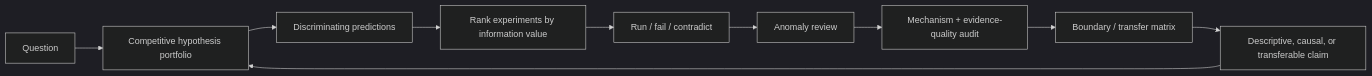
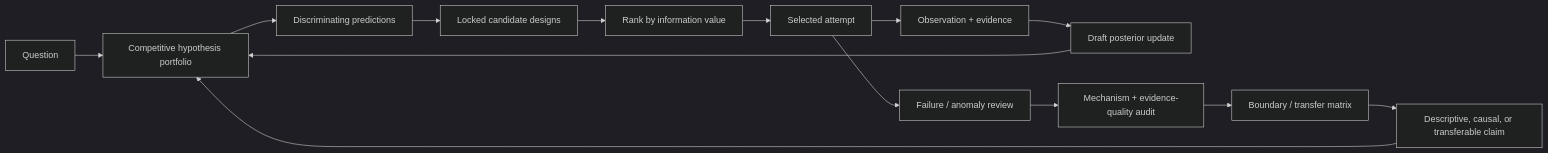
Before and after one commit to smileformylove/XScientist: the second of 4 diagrams in README.md, drawn with Mermaid (dark theme). The commit also changed other lines of this file and 50 other files, not shown here.

````diff
--- a/README.md
+++ b/README.md
@@ -246,12 +246,16 @@
 ```mermaid
 flowchart LR
   Q["Question"] --> HP["Competitive hypothesis portfolio"]
   HP --> DP["Discriminating predictions"]
-  DP --> IV["Rank experiments by information value"]
-  IV --> X["Run / fail / contradict"]
-  X --> A["Anomaly review"]
+  DP --> D["Locked candidate designs"]
+  D --> IV["Rank by information value"]
+  IV --> X["Selected attempt"]
+  X --> O["Observation + evidence"]
+  O --> P["Draft posterior update"]
+  P --> HP
+  X --> A["Failure / anomaly review"]
   A --> M["Mechanism + evidence-quality audit"]
   M --> B["Boundary / transfer matrix"]
   B --> C["Descriptive, causal, or transferable claim"]
   C --> HP
 ```
````
